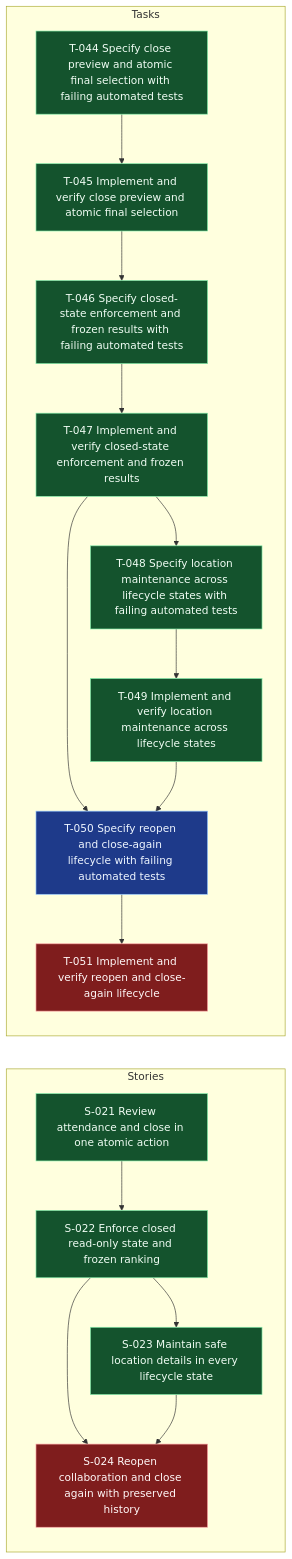
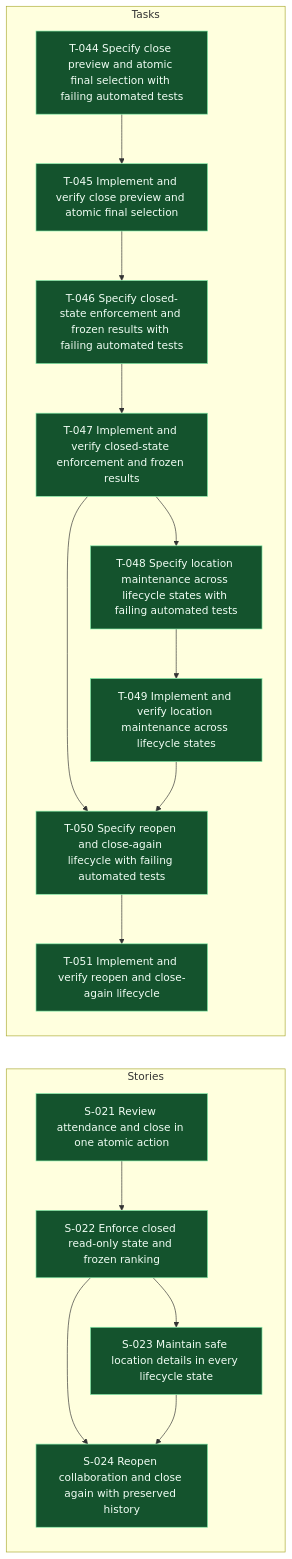
One commit to andybalham/invite-agent changed the diagram in .worktracker/graphs/E-007.mmd. Above: the diagram before and after it, drawn with Mermaid. The commit also changed 20 other files, not shown here.

```diff
--- a/.worktracker/graphs/E-007.mmd
+++ b/.worktracker/graphs/E-007.mmd
@@ -1,46 +1,46 @@
 graph LR
   classDef done fill:#14532d,stroke:#86efac,color:#f0fdf4;
   classDef blocked fill:#7f1d1d,stroke:#fca5a5,color:#fff7f7;
   classDef inprogress fill:#78350f,stroke:#fbbf24,color:#fffbeb;
   classDef todo fill:#1e3a8a,stroke:#93c5fd,color:#eff6ff;
   classDef empty fill:#374151,stroke:#d1d5db,color:#f9fafb,stroke-dasharray: 3 3;
   subgraph Stories
     S021["S-021 Review attendance and close in one atomic action"]:::done
     S022["S-022 Enforce closed read-only state and frozen ranking"]:::done
     S023["S-023 Maintain safe location details in every lifecycle state"]:::done
-    S024["S-024 Reopen collaboration and close again with preserved history"]:::blocked
+    S024["S-024 Reopen collaboration and close again with preserved history"]:::done
     S021 --> S022
     S022 --> S023
     S022 --> S024
     S023 --> S024
   end
   subgraph Tasks
     T044["T-044 Specify close preview and atomic final selection with failing automated tests"]:::done
     T045["T-045 Implement and verify close preview and atomic final selection"]:::done
     T046["T-046 Specify closed-state enforcement and frozen results with failing automated tests"]:::done
     T047["T-047 Implement and verify closed-state enforcement and frozen results"]:::done
     T048["T-048 Specify location maintenance across lifecycle states with failing automated tests"]:::done
     T049["T-049 Implement and verify location maintenance across lifecycle states"]:::done
-    T050["T-050 Specify reopen and close-again lifecycle with failing automated tests"]:::todo
-    T051["T-051 Implement and verify reopen and close-again lifecycle"]:::blocked
+    T050["T-050 Specify reopen and close-again lifecycle with failing automated tests"]:::done
+    T051["T-051 Implement and verify reopen and close-again lifecycle"]:::done
     T044 --> T045
     T045 --> T046
     T046 --> T047
     T047 --> T048
     T047 --> T050
     T048 --> T049
     T049 --> T050
     T050 --> T051
   end
   click S021 "../entities/S-021-review-attendance-and-close-in-one-atomic-action.md"
   click S022 "../entities/S-022-enforce-closed-read-only-state-and-frozen-ranking.md"
   click S023 "../entities/S-023-maintain-safe-location-details-in-every-lifecycle-state.md"
   click S024 "../entities/S-024-reopen-collaboration-and-close-again-with-preserved-history.md"
   click T044 "../entities/T-044-specify-close-preview-and-atomic-final-selection-with-failing-automated-tests.md"
   click T045 "../entities/T-045-implement-and-verify-close-preview-and-atomic-final-selection.md"
   click T046 "../entities/T-046-specify-closed-state-enforcement-and-frozen-results-with-failing-automated-tests.md"
   click T047 "../entities/T-047-implement-and-verify-closed-state-enforcement-and-frozen-results.md"
   click T048 "../entities/T-048-specify-location-maintenance-across-lifecycle-states-with-failing-automated-tests.md"
   click T049 "../entities/T-049-implement-and-verify-location-maintenance-across-lifecycle-states.md"
   click T050 "../entities/T-050-specify-reopen-and-close-again-lifecycle-with-failing-automated-tests.md"
   click T051 "../entities/T-051-implement-and-verify-reopen-and-close-again-lifecycle.md"
```
